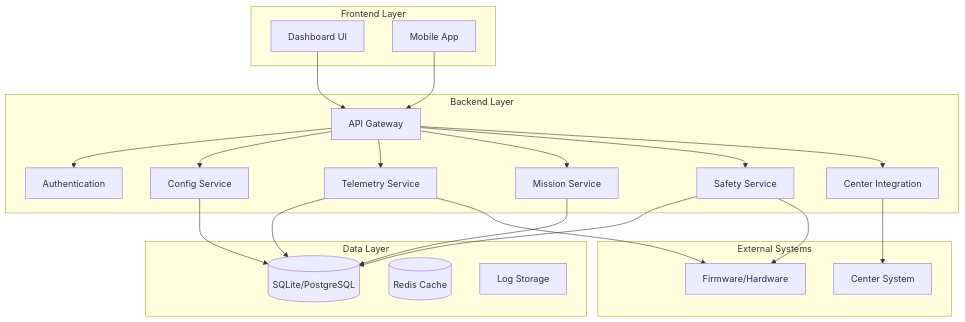
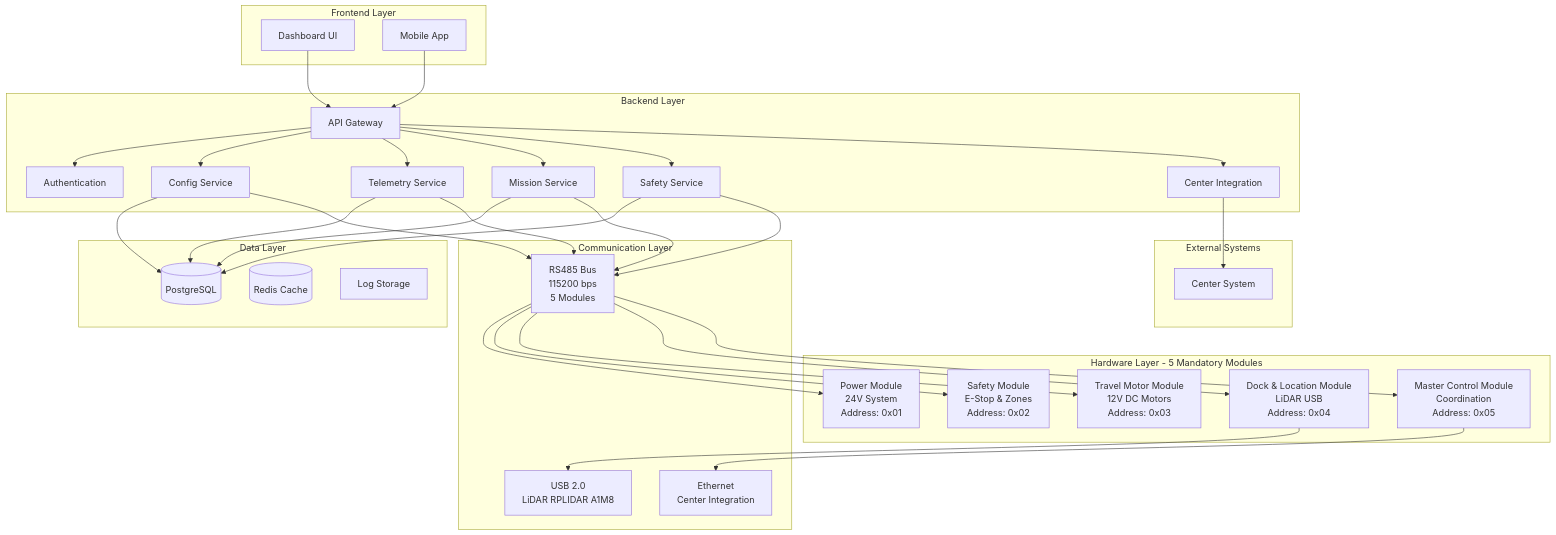
Before and after one commit to kimlam2010/OHT_V2: the diagram in docs/05-IMPLEMENTATION/backend/architecture/SYSTEM_ARCHITECTURE.md, drawn with Mermaid. The commit also changed other lines of this file and 24 other files, not shown here.

````diff
--- a/docs/05-IMPLEMENTATION/backend/architecture/SYSTEM_ARCHITECTURE.md
+++ b/docs/05-IMPLEMENTATION/backend/architecture/SYSTEM_ARCHITECTURE.md
@@ -8,46 +18,70 @@
 ```mermaid
 graph TB
     subgraph "Frontend Layer"
         UI[Dashboard UI]
         MOBILE[Mobile App]
     end
     
     subgraph "Backend Layer"
         API[API Gateway]
         AUTH[Authentication]
         CONFIG[Config Service]
         TELEMETRY[Telemetry Service]
         MISSION[Mission Service]
         SAFETY[Safety Service]
         CENTER[Center Integration]
     end
     
     subgraph "Data Layer"
-        DB[(SQLite/PostgreSQL)]
+        DB[(PostgreSQL)]
         CACHE[(Redis Cache)]
         LOGS[Log Storage]
     end
     
+    subgraph "Hardware Layer - 5 Mandatory Modules"
+        POWER[Power Module<br/>24V System<br/>Address: 0x01]
+        SAFETY_MOD[Safety Module<br/>E-Stop & Zones<br/>Address: 0x02]
+        MOTOR[Travel Motor Module<br/>12V DC Motors<br/>Address: 0x03]
+        DOCK[Dock & Location Module<br/>LiDAR USB<br/>Address: 0x04]
+        MASTER[Master Control Module<br/>Coordination<br/>Address: 0x05]
+    end
+    
+    subgraph "Communication Layer"
+        RS485[RS485 Bus<br/>115200 bps<br/>5 Modules]
+        USB[USB 2.0<br/>LiDAR RPLIDAR A1M8]
+        ETHERNET[Ethernet<br/>Center Integration]
+    end
+    
     subgraph "External Systems"
-        FW[Firmware/Hardware]
         CENTER_EXT[Center System]
     end
     
     UI --> API
     MOBILE --> API
     API --> AUTH
     API --> CONFIG
     API --> TELEMETRY
     API --> MISSION
     API --> SAFETY
     API --> CENTER
     
     CONFIG --> DB
     TELEMETRY --> DB
     MISSION --> DB
     SAFETY --> DB
     
     CENTER --> CENTER_EXT
-    TELEMETRY --> FW
-    SAFETY --> FW
+    TELEMETRY --> RS485
+    SAFETY --> RS485
+    MISSION --> RS485
+    CONFIG --> RS485
+    
+    RS485 --> POWER
+    RS485 --> SAFETY_MOD
+    RS485 --> MOTOR
+    RS485 --> DOCK
+    RS485 --> MASTER
+    
+    DOCK --> USB
+    MASTER --> ETHERNET
 ```
````
